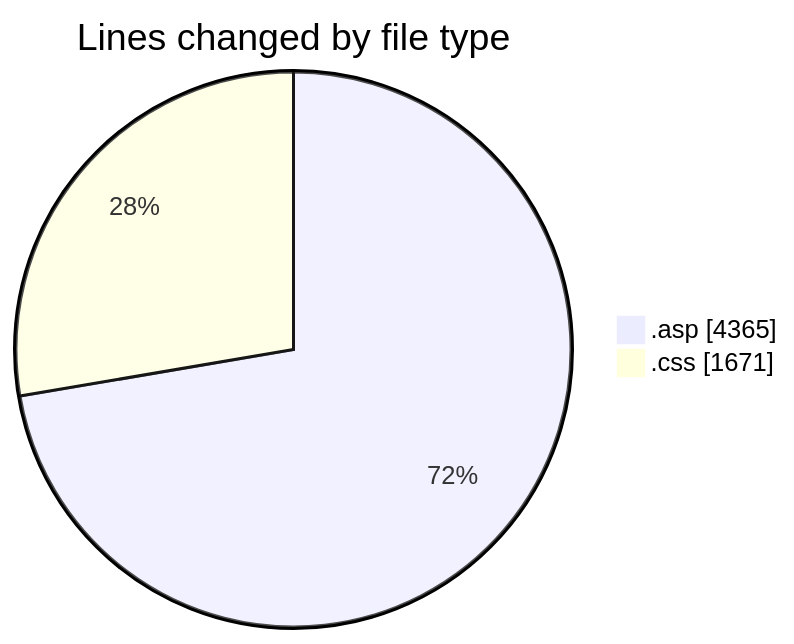
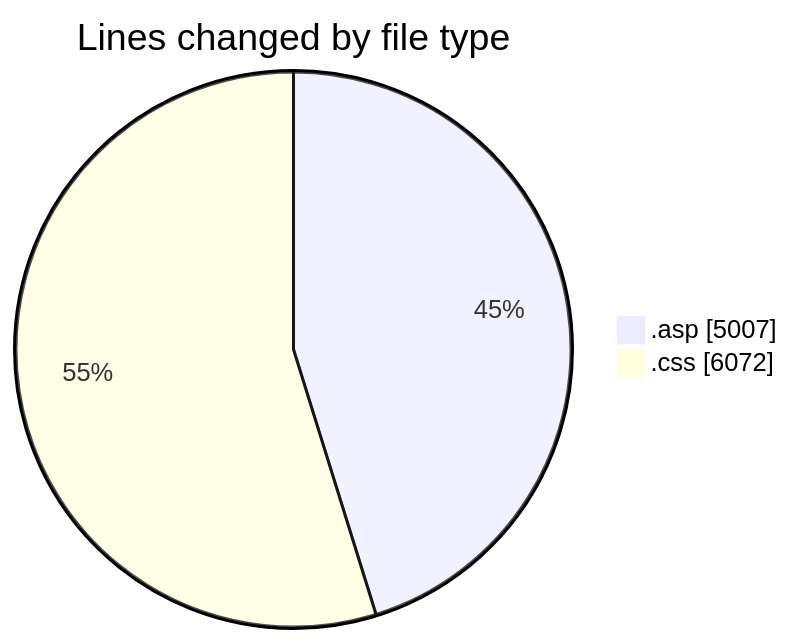
One commit to julien-gomy/code-tracking changed the first of 2 diagrams in 2025-11-17/usr_aleoudev_fr__workspace_/README.md. Above: the diagram before and after it, drawn with Mermaid. The commit also changed other lines of this file and 1 other file, not shown here.

````diff
--- a/2025-11-17/usr_aleoudev_fr__workspace_/README.md
+++ b/2025-11-17/usr_aleoudev_fr__workspace_/README.md
@@ -22,6 +26,6 @@
 ```mermaid
 pie showData
 title Lines changed by file type
-".asp" : 4365
-".css" : 1671
+".asp" : 5007
+".css" : 6072
 ```
````
